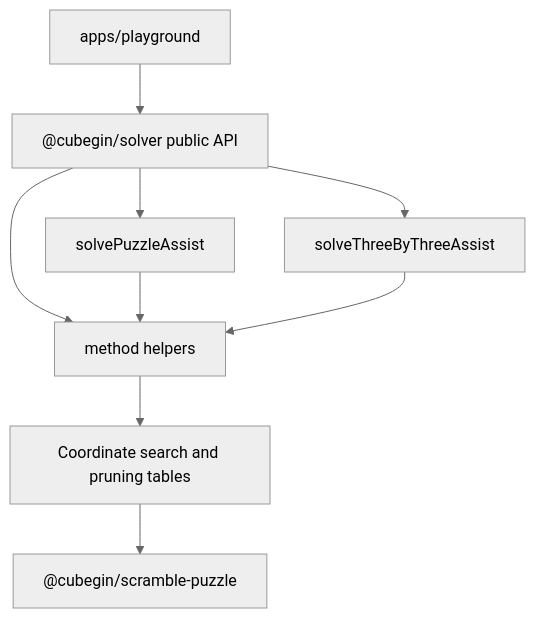
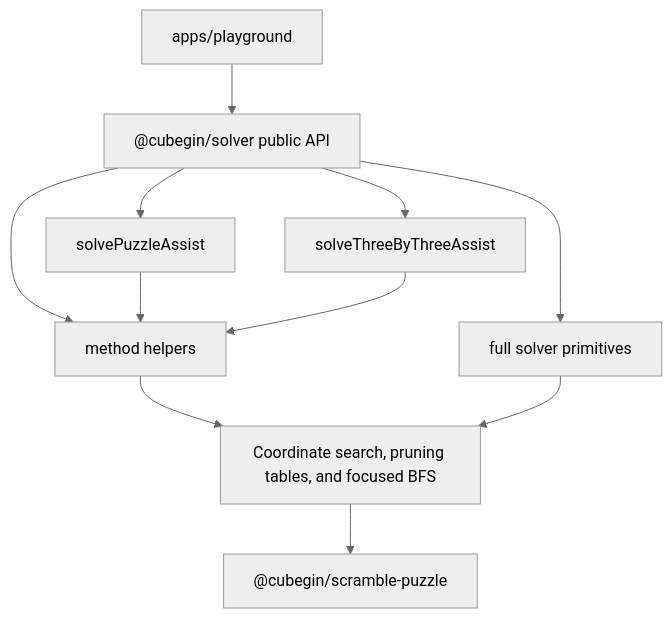
One commit to deweyou/cube-kit changed the diagram in docs/packages/solver/index.md. Above: the diagram before and after it, drawn with Mermaid (neutral theme). The commit also changed other lines of this file and 64 other files, not shown here.

Commit message:
Move full solvers into solver package

````diff
--- a/docs/packages/solver/index.md
+++ b/docs/packages/solver/index.md
@@ -3,11 +3,13 @@
 ```mermaid
 flowchart TD
     Public["@cubegin/solver public API"] --> Facade["solvePuzzleAssist"]
     Public --> ThreeFacade["solveThreeByThreeAssist"]
+    Public --> Full["full solver primitives"]
     Public --> Methods["method helpers"]
     Facade --> Methods
     ThreeFacade --> Methods
-    Methods --> Search["Coordinate search and pruning tables"]
+    Methods --> Search["Coordinate search, pruning tables, and focused BFS"]
+    Full --> Search
     Search --> Puzzle["@cubegin/scramble-puzzle"]
     Playground["apps/playground"] --> Public
 ```
````
